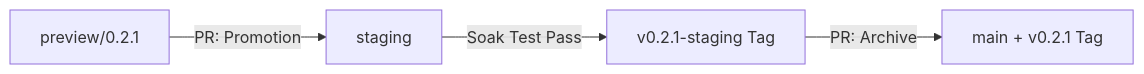
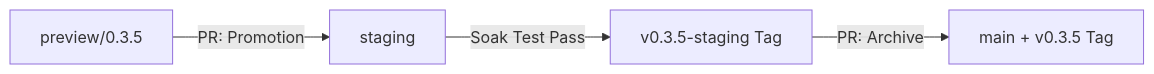
One commit to SafeChord/Docs changed the diagram in docs/safechord.safezone.deployment.workflow.md. Above: the diagram before and after it, drawn with Mermaid. The commit also changed other lines of this file and 80 other files, not shown here.

First line of the commit message:
docs(v0.3.5): implement English-First SSOT and architectural refinement

````diff
--- a/docs/safechord.safezone.deployment.workflow.md
+++ b/docs/safechord.safezone.deployment.workflow.md
@@ -52,6 +51,6 @@
 ```mermaid
 graph LR
-    D[preview/0.2.1] -- PR: Promotion --> S[staging]
-    S -- "Soak Test Pass" --> T[v0.2.1-staging Tag]
-    T -- PR: Archive --> M[main + v0.2.1 Tag]
+    D[preview/0.3.5] -- PR: Promotion --> S[staging]
+    S -- "Soak Test Pass" --> T[v0.3.5-staging Tag]
+    T -- PR: Archive --> M[main + v0.3.5 Tag]
 ```
````
